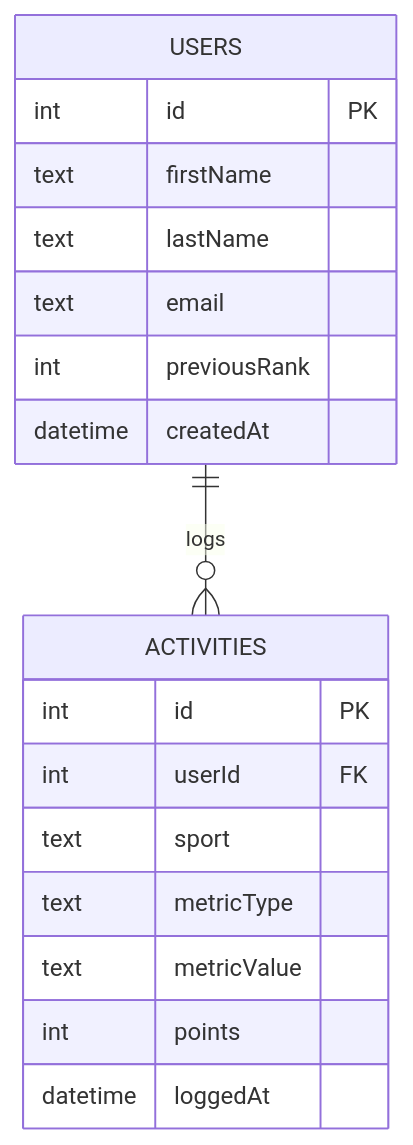
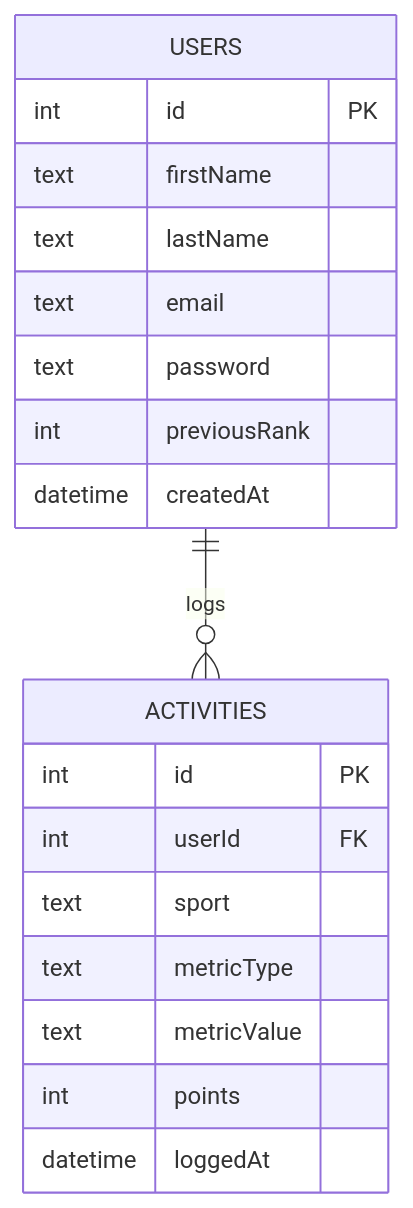
The second of 2 diagrams in DESIGN.md (SAPNIL-M/fitness_challenge), drawn with Mermaid before and after one commit. The commit also changed other lines of this file and 17 other files, not shown here.

````diff
--- a/DESIGN.md
+++ b/DESIGN.md
@@ -118,21 +165,22 @@
 ```mermaid
 erDiagram
     USERS ||--o{ ACTIVITIES : logs
     USERS {
         int id PK
         text firstName
         text lastName
         text email
+        text password
         int previousRank
         datetime createdAt
     }
     ACTIVITIES {
         int id PK
         int userId FK
         text sport
         text metricType
         text metricValue
         int points
         datetime loggedAt
     }
 ```
````
